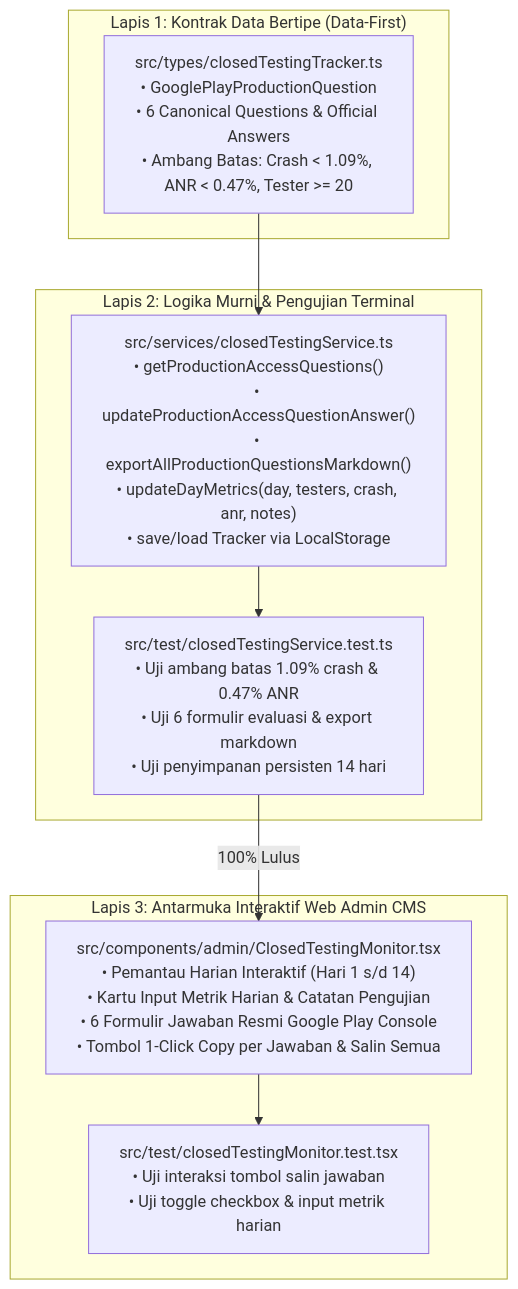
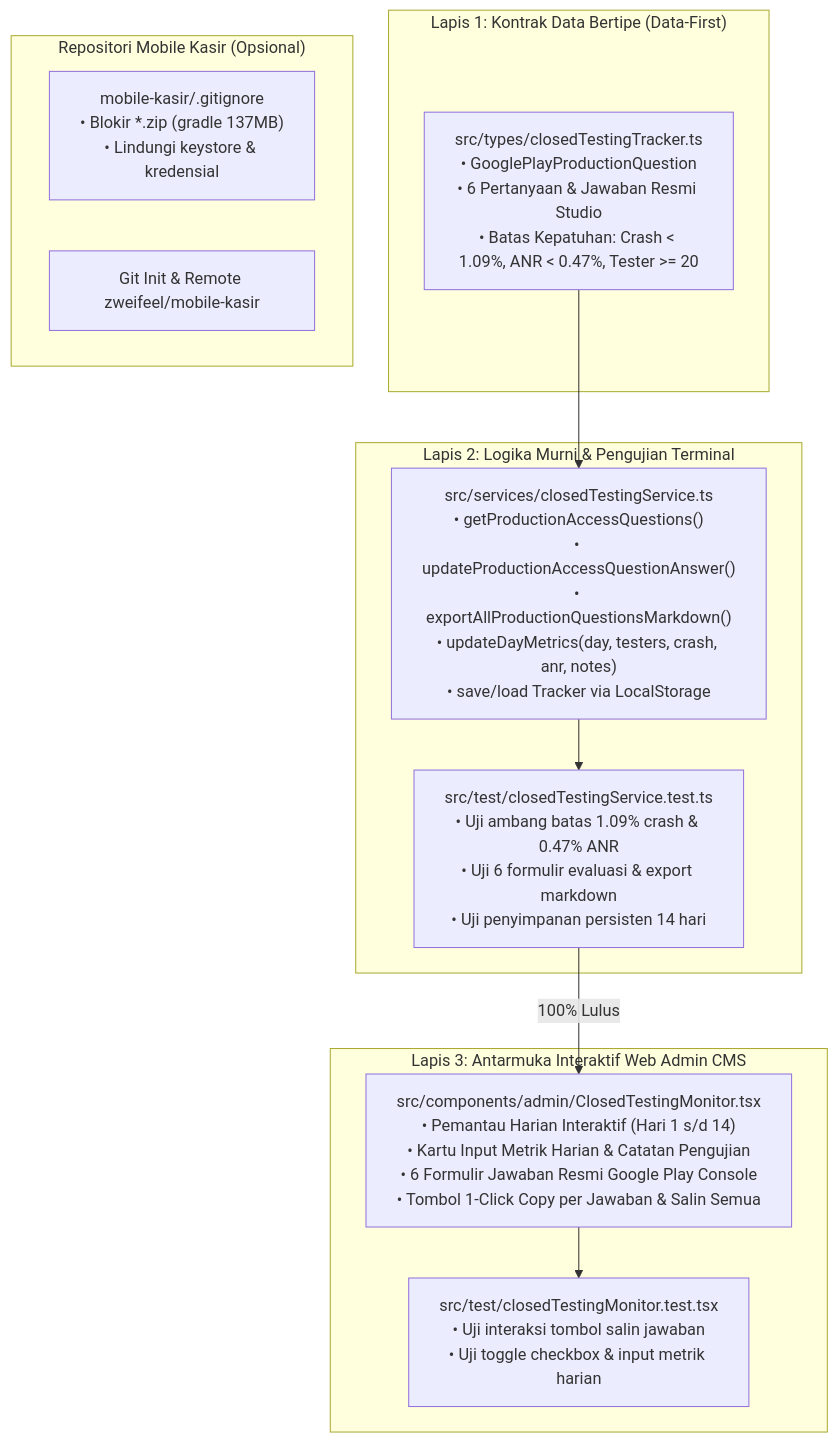
The diagram in Artifact/plan_tahap_10_closed_testing_dan_evaluasi_google_play.md (zweifeel/indie-developer-portfolio), drawn with Mermaid before and after one commit. The commit also changed other lines of this file and 8 other files, not shown here.

Commit message:
Verified E2E: Tahap 10: Pengawasan Harian 14 Hari Closed Testing & 6 Formulir Evaluasi Google Play

````diff
--- a/Artifact/plan_tahap_10_closed_testing_dan_evaluasi_google_play.md
+++ b/Artifact/plan_tahap_10_closed_testing_dan_evaluasi_google_play.md
@@ -61,21 +62,26 @@
 ```mermaid
 flowchart TD
     subgraph LAPIS_1["Lapis 1: Kontrak Data Bertipe (Data-First)"]
-        TYPES["src/types/closedTestingTracker.ts\n• GooglePlayProductionQuestion\n• 6 Canonical Questions & Official Answers\n• Ambang Batas: Crash < 1.09%, ANR < 0.47%, Tester >= 20"]
+        TYPES["src/types/closedTestingTracker.ts\n• GooglePlayProductionQuestion\n• 6 Pertanyaan & Jawaban Resmi Studio\n• Batas Kepatuhan: Crash < 1.09%, ANR < 0.47%, Tester >= 20"]
     end
 
     subgraph LAPIS_2["Lapis 2: Logika Murni & Pengujian Terminal"]
         SERVICE["src/services/closedTestingService.ts\n• getProductionAccessQuestions()\n• updateProductionAccessQuestionAnswer()\n• exportAllProductionQuestionsMarkdown()\n• updateDayMetrics(day, testers, crash, anr, notes)\n• save/load Tracker via LocalStorage"]
         TESTS["src/test/closedTestingService.test.ts\n• Uji ambang batas 1.09% crash & 0.47% ANR\n• Uji 6 formulir evaluasi & export markdown\n• Uji penyimpanan persisten 14 hari"]
     end
 
     subgraph LAPIS_3["Lapis 3: Antarmuka Interaktif Web Admin CMS"]
         UI_MONITOR["src/components/admin/ClosedTestingMonitor.tsx\n• Pemantau Harian Interaktif (Hari 1 s/d 14)\n• Kartu Input Metrik Harian & Catatan Pengujian\n• 6 Formulir Jawaban Resmi Google Play Console\n• Tombol 1-Click Copy per Jawaban & Salin Semua"]
         UI_TESTS["src/test/closedTestingMonitor.test.tsx\n• Uji interaksi tombol salin jawaban\n• Uji toggle checkbox & input metrik harian"]
     end
 
+    subgraph REPO_MOBILE["Repositori Mobile Kasir (Opsional)"]
+        GITIGNORE["mobile-kasir/.gitignore\n• Blokir *.zip (gradle 137MB)\n• Lindungi keystore & kredensial"]
+        GIT_INIT["Git Init & Remote zweifeel/mobile-kasir"]
+    end
+
     TYPES --> SERVICE
     SERVICE --> TESTS
     TESTS -->|100% Lulus| UI_MONITOR
     UI_MONITOR --> UI_TESTS
 ```
````
